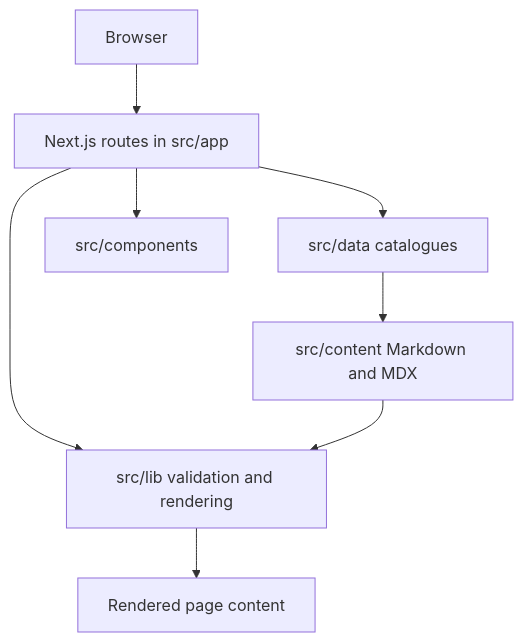
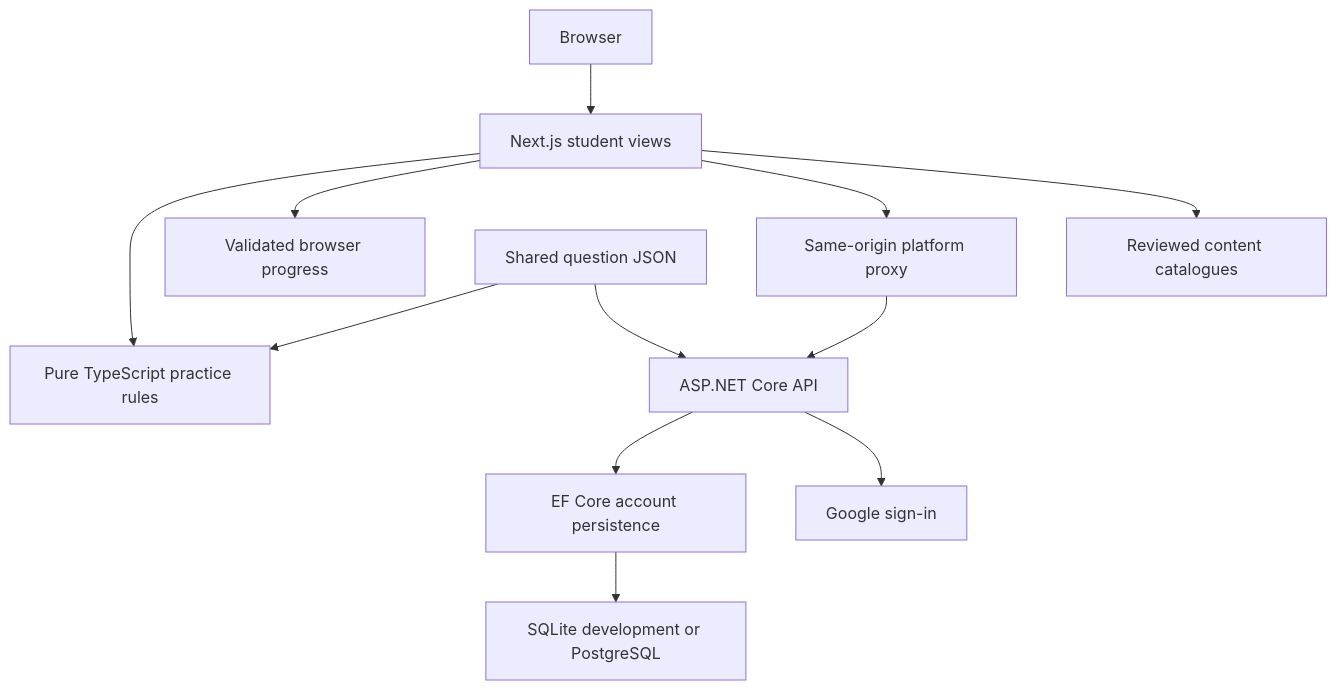
One commit to Coding-Professional/procoderji changed the diagram in docs/architecture.md. Above: the diagram before and after it, drawn with Mermaid. The commit also changed other lines of this file and 88 other files, not shown here.

Commit message:
feat: add student workspace and .NET Google accounts

````diff
--- a/docs/architecture.md
+++ b/docs/architecture.md
@@ -8,10 +9,14 @@
 ```mermaid
 flowchart TD
-  Browser --> App[Next.js routes in src/app]
-  App --> Catalog[src/data catalogues]
-  Catalog --> Notes[src/content Markdown and MDX]
-  App --> UI[src/components]
-  App --> Lib[src/lib validation and rendering]
-  Lib --> Safe[Rendered page content]
-  Notes --> Lib
+  Browser --> Frontend[Next.js student views]
+  Frontend --> Practice[Pure TypeScript practice rules]
+  Frontend --> Local[Validated browser progress]
+  Frontend --> BFF[Same-origin platform proxy]
+  BFF --> API[ASP.NET Core API]
+  API --> EF[EF Core account persistence]
+  EF --> Database[SQLite development or PostgreSQL]
+  API --> Google[Google sign-in]
+  Questions[Shared question JSON] --> Practice
+  Questions --> API
+  Frontend --> Content[Reviewed content catalogues]
 ```
````
